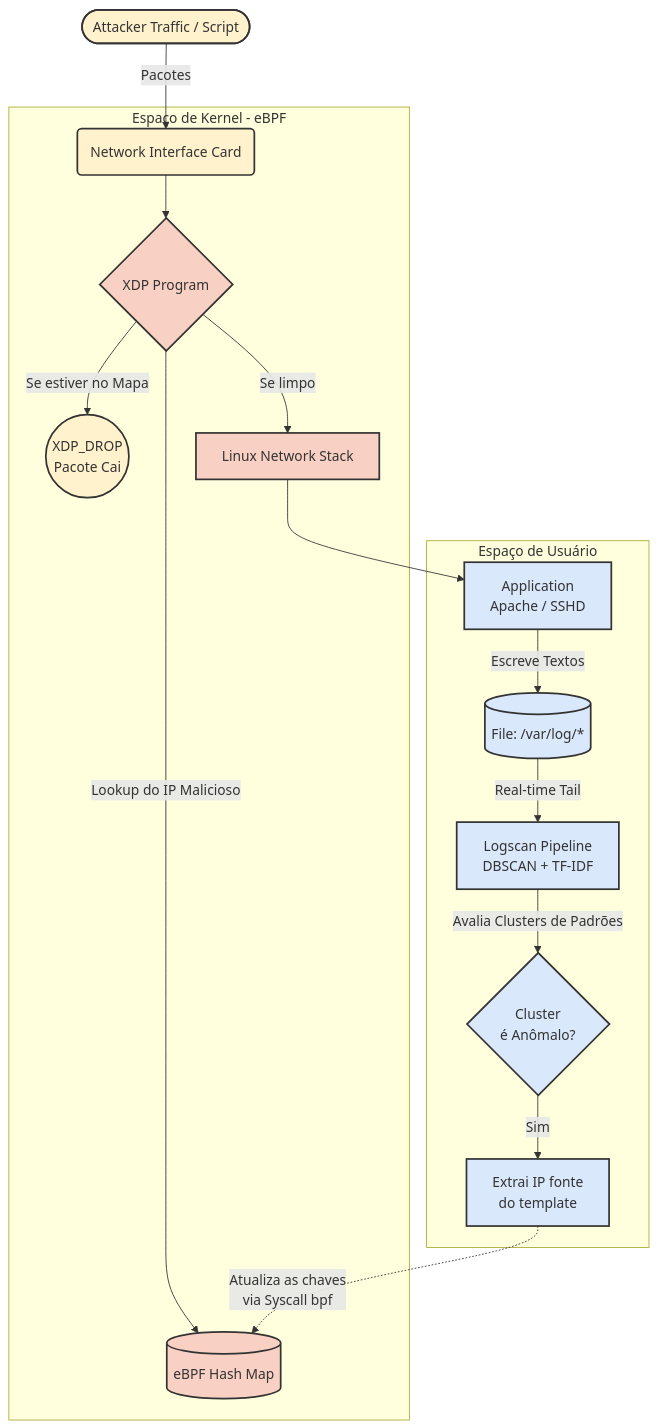
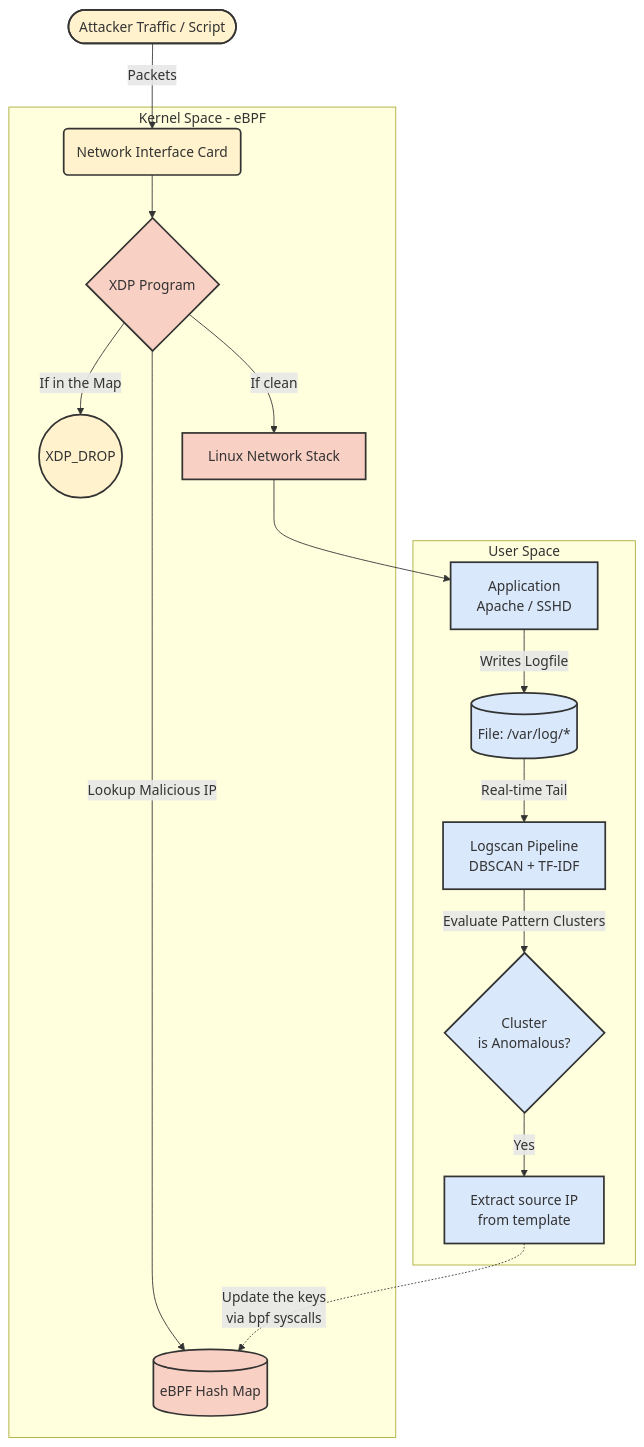
One commit to alan-saar/Logscan-XDP changed the diagram in README.md. Above: the diagram before and after it, drawn with Mermaid. The commit also changed other lines of this file and 1 other file, not shown here.

Commit message:
chore: update project description and add gitignore for local devrefs

````diff
--- a/README.md
+++ b/README.md
@@ -21,26 +21,26 @@
 ```mermaid
 graph TD;
     classDef kernel fill:#f9d0c4,stroke:#333,stroke-width:2px;
     classDef user fill:#dae8fc,stroke:#333,stroke-width:2px;
     classDef external fill:#fff2cc,stroke:#333,stroke-width:2px;
 
-    Attacker([Attacker Traffic / Script]) -->|Pacotes| NIC(Network Interface Card):::kernel
+    Attacker([Attacker Traffic / Script]) -->|Packets| NIC(Network Interface Card):::kernel
 
-    subgraph Kernel Space [Espaço de Kernel - eBPF]
+    subgraph Kernel Space [Kernel Space - eBPF]
         NIC --> XDPProg{XDP Program}:::kernel
-        XDPProg -->|Lookup do IP Malicioso| BPFMap[(eBPF Hash Map)]:::kernel
-        XDPProg -- Se estiver no Mapa --> DropPacket((XDP_DROP <br/> Pacote Cai)):::kernel
-        XDPProg -- Se limpo --> NetStack[Linux Network Stack]:::kernel
+        XDPProg -->|Lookup Malicious IP | BPFMap[(eBPF Hash Map)]:::kernel
+        XDPProg -- If in the Map --> DropPacket((XDP_DROP <br/>)):::kernel
+        XDPProg -- If clean --> NetStack[Linux Network Stack]:::kernel
     end
 
-    subgraph User Space [Espaço de Usuário]
+    subgraph User Space [User Space]
         NetStack --> App[Application <br/> Apache / SSHD]:::user
-        App -->|Escreve Textos| LogFile[(File: /var/log/*)]:::user
+        App -->|Writes Logfile| LogFile[(File: /var/log/*)]:::user
         LogFile -->|Real-time Tail| LogScan[Logscan Pipeline <br/> DBSCAN + TF-IDF]:::user
-        LogScan -->|Avalia Clusters de Padrões| AnomalyDetect{Cluster <br/> é Anômalo?}:::user
-        AnomalyDetect -- Sim --> ExtractIP[Extrai IP fonte <br/> do template]:::user
-        ExtractIP -.-> |Atualiza as chaves <br/> via Syscall bpf| BPFMap
+        LogScan -->|Evaluate Pattern Clusters| AnomalyDetect{Cluster <br/> is Anomalous?}:::user
+        AnomalyDetect -- Yes --> ExtractIP[Extract source IP <br/> from template]:::user
+        ExtractIP -.-> |Update the keys <br/> via bpf syscalls| BPFMap
     end
 
     class Attacker,NIC,DropPacket external;
 ```
````
